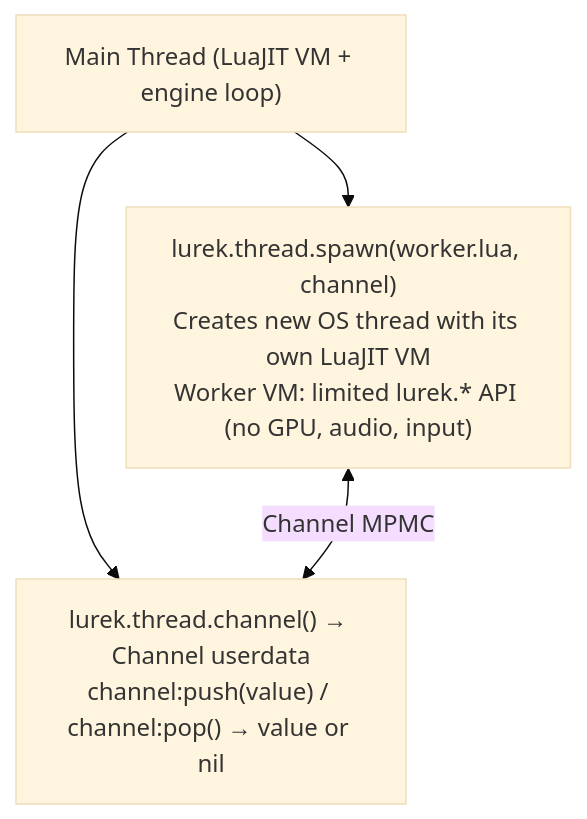
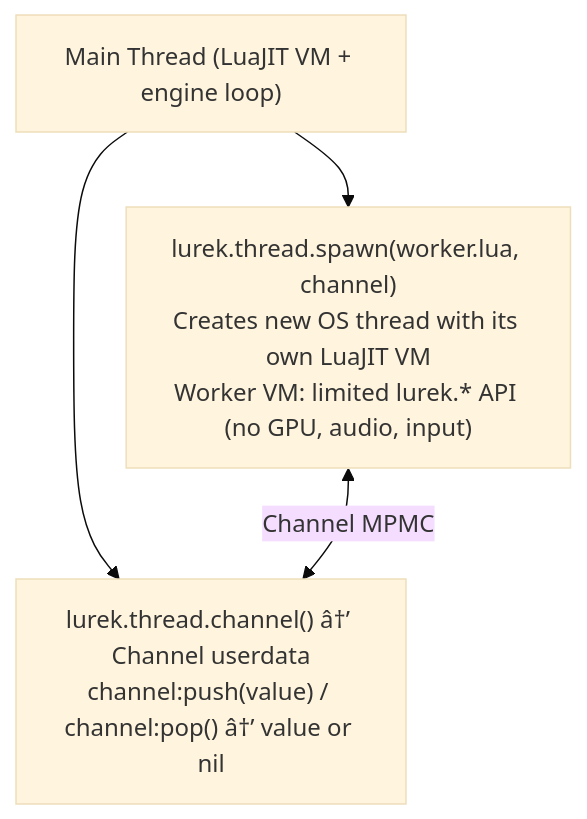
Before and after one commit to Lurek2D/lurek_2d: the seventh of 7 diagrams in docs/architecture/engine-architecture.md, drawn with Mermaid (base theme). The commit also changed other lines of this file and 174 other files, not shown here.

````diff
--- a/docs/architecture/engine-architecture.md
+++ b/docs/architecture/engine-architecture.md
@@ -459,7 +459,7 @@
 ```mermaid
 flowchart TD
     M["Main Thread (LuaJIT VM + engine loop)"]
     M --> T["lurek.thread.spawn(worker.lua, channel)<br/>Creates new OS thread with its own LuaJIT VM<br/>Worker VM: limited lurek.* API (no GPU, audio, input)"]
-    M --> C["lurek.thread.channel() → Channel userdata<br/>channel:push(value) / channel:pop() → value or nil"]
+    M --> C["lurek.thread.channel() â†’ Channel userdata<br/>channel:push(value) / channel:pop() â†’ value or nil"]
     T <-->|Channel MPMC| C
 ```
````
